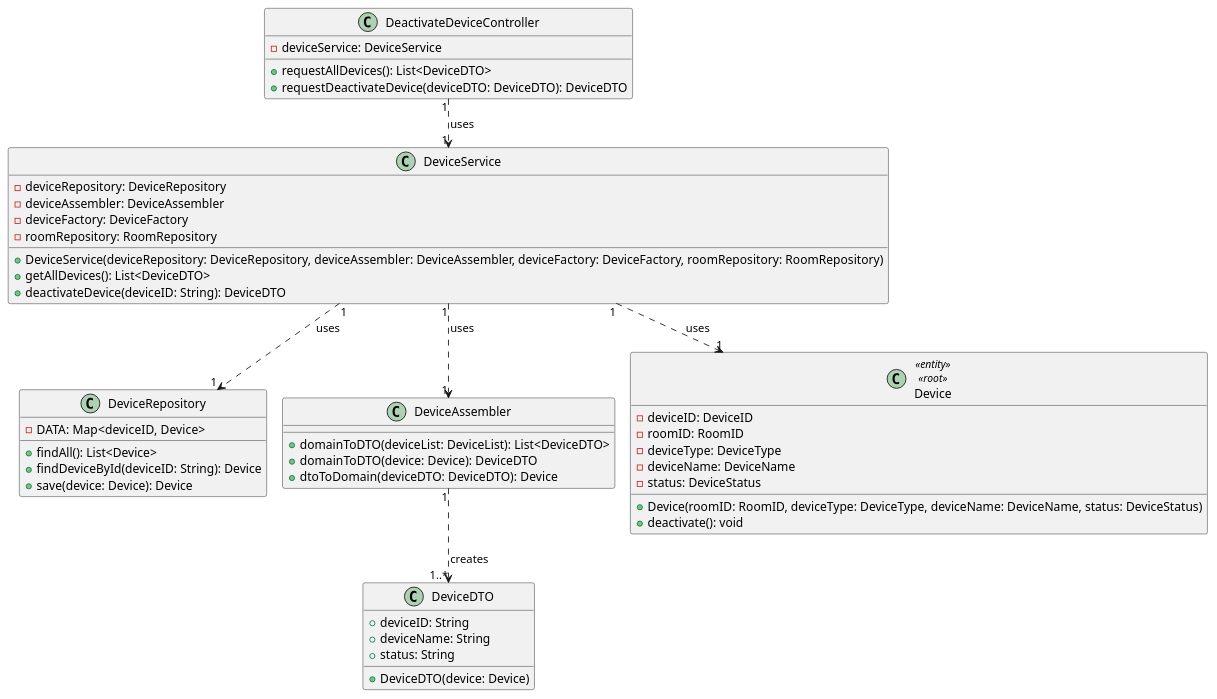
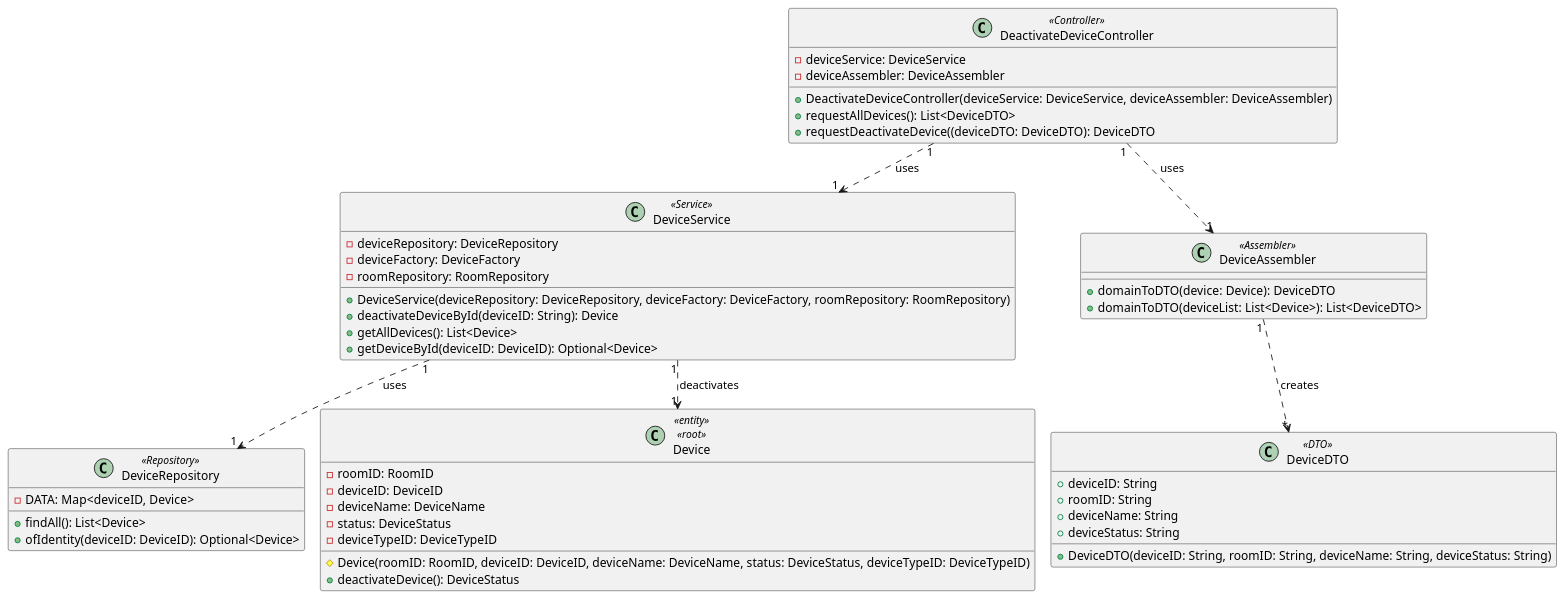
The diagram in docs/userStories/us08/artifacts/US08CD.puml (olivDiogo/SmartHome), drawn with PlantUML before and after one commit. The commit also changed 4 other files, not shown here.

```diff
--- a/docs/userStories/us08/artifacts/US08CD.puml
+++ b/docs/userStories/us08/artifacts/US08CD.puml
@@ -1,60 +1,72 @@
 @startuml
 'https://plantuml.com/class-diagram
 
 !pragma layout smetana
 !pragma scale 100 width
 !pragma useVerticalIfPossible
 
-class DeactivateDeviceController {
+class DeactivateDeviceController <<Controller>> {
+    'Attributes
     -deviceService: DeviceService
+    -deviceAssembler: DeviceAssembler
+    'Methods
+    +DeactivateDeviceController(deviceService: DeviceService, deviceAssembler: DeviceAssembler)
     +requestAllDevices(): List<DeviceDTO>
-    +requestDeactivateDevice(deviceDTO: DeviceDTO): DeviceDTO
+    +requestDeactivateDevice((deviceDTO: DeviceDTO): DeviceDTO
 }
 
-class DeviceService {
+class DeviceService <<Service>> {
+    'Attributes
     -deviceRepository: DeviceRepository
-    -deviceAssembler: DeviceAssembler
     -deviceFactory: DeviceFactory
     -roomRepository: RoomRepository
-    +DeviceService(deviceRepository: DeviceRepository, deviceAssembler: DeviceAssembler, deviceFactory: DeviceFactory, roomRepository: RoomRepository)
-    +getAllDevices(): List<DeviceDTO>
-    +deactivateDevice(deviceID: String): DeviceDTO
+    'Methods
+    +DeviceService(deviceRepository: DeviceRepository, deviceFactory: DeviceFactory, roomRepository: RoomRepository)
+    +deactivateDeviceById(deviceID: String): Device
+    +getAllDevices(): List<Device>
+    +getDeviceById(deviceID: DeviceID): Optional<Device>
 }
 
-class DeviceRepository {
+class DeviceRepository <<Repository>>{
+    'Attributes
     -DATA: Map<deviceID, Device>
+    'Methods
     +findAll(): List<Device>
-    +findDeviceById(deviceID: String): Device
-    +save(device: Device): Device
+    +ofIdentity(deviceID: DeviceID): Optional<Device>
 }
 
-class DeviceAssembler {
-    +domainToDTO(deviceList: DeviceList): List<DeviceDTO>
+class DeviceAssembler <<Assembler>>{
+    'Methods
     +domainToDTO(device: Device): DeviceDTO
-    +dtoToDomain(deviceDTO: DeviceDTO): Device
+    +domainToDTO(deviceList: List<Device>): List<DeviceDTO>
 }
 
 
-class DeviceDTO {
+class DeviceDTO <<DTO>>{
+    'Attributes
     +deviceID: String
-    + deviceName: String
-    +status: String
-    +DeviceDTO(device: Device)
+    +roomID: String
+    +deviceName: String
+    +deviceStatus: String
+    'Methods
+    +DeviceDTO(deviceID: String, roomID: String, deviceName: String, deviceStatus: String)
 }
 
 class Device<<entity>><<root>> {
+    'Attributes
+    -roomID: RoomID
     -deviceID: DeviceID
-    -roomID: RoomID
-    -deviceType: DeviceType
     -deviceName: DeviceName
     -status: DeviceStatus
-    +Device(roomID: RoomID, deviceType: DeviceType, deviceName: DeviceName, status: DeviceStatus)
-    +deactivate(): void
+    -deviceTypeID: DeviceTypeID
+    'Methods
+    #Device(roomID: RoomID, deviceID: DeviceID, deviceName: DeviceName, status: DeviceStatus, deviceTypeID: DeviceTypeID)
+    +deactivateDevice(): DeviceStatus
 }
 
-DeactivateDeviceController "1" ..> "1" DeviceService: uses >
-DeviceService "1" ..> "1" DeviceRepository: uses >
-DeviceService "1" ..> "1" DeviceAssembler: uses >
-DeviceAssembler "1" ..> "1..*" DeviceDTO: creates >
-DeviceService "1" ..> "1" Device: uses
+DeactivateDeviceController "1" ..> "1" DeviceService: uses
+DeactivateDeviceController "1" ..> "1" DeviceAssembler: uses
+DeviceService "1" ..> "1" DeviceRepository: uses
+DeviceAssembler "1" ..> "*" DeviceDTO: creates
+DeviceService "1" ..> "1" Device: deactivates
 @enduml
```
